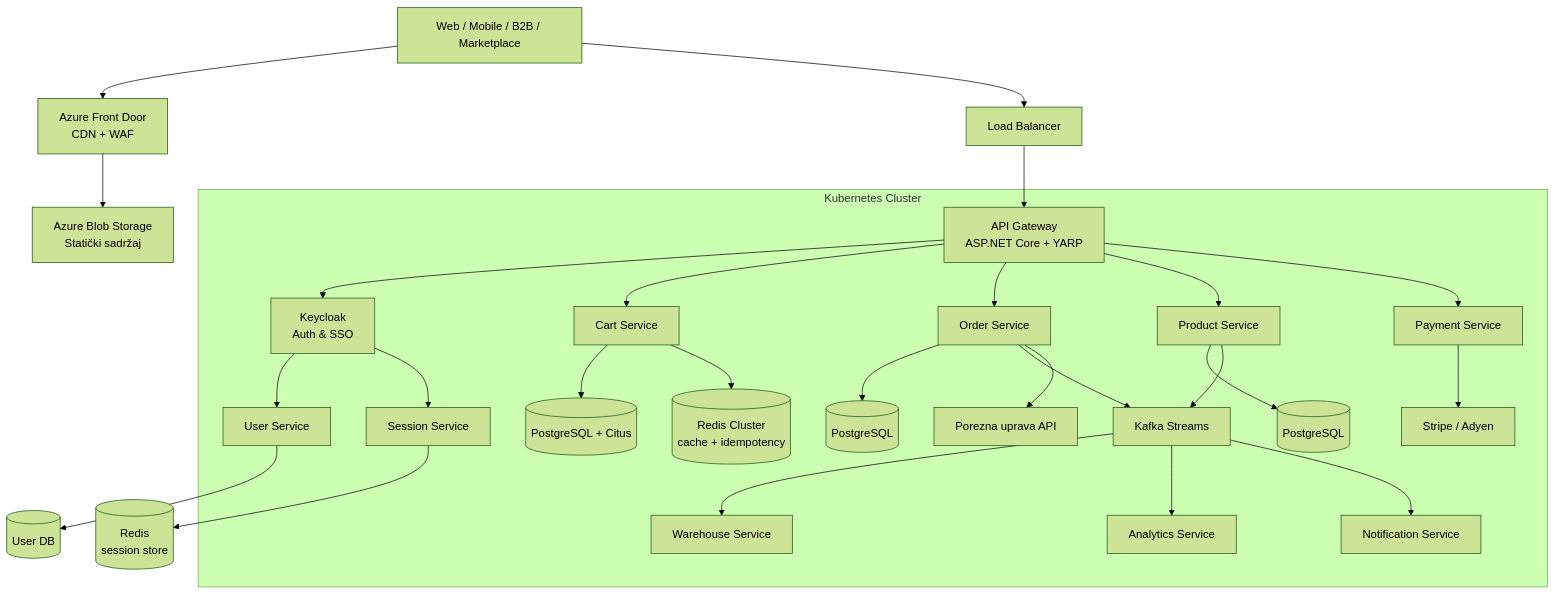
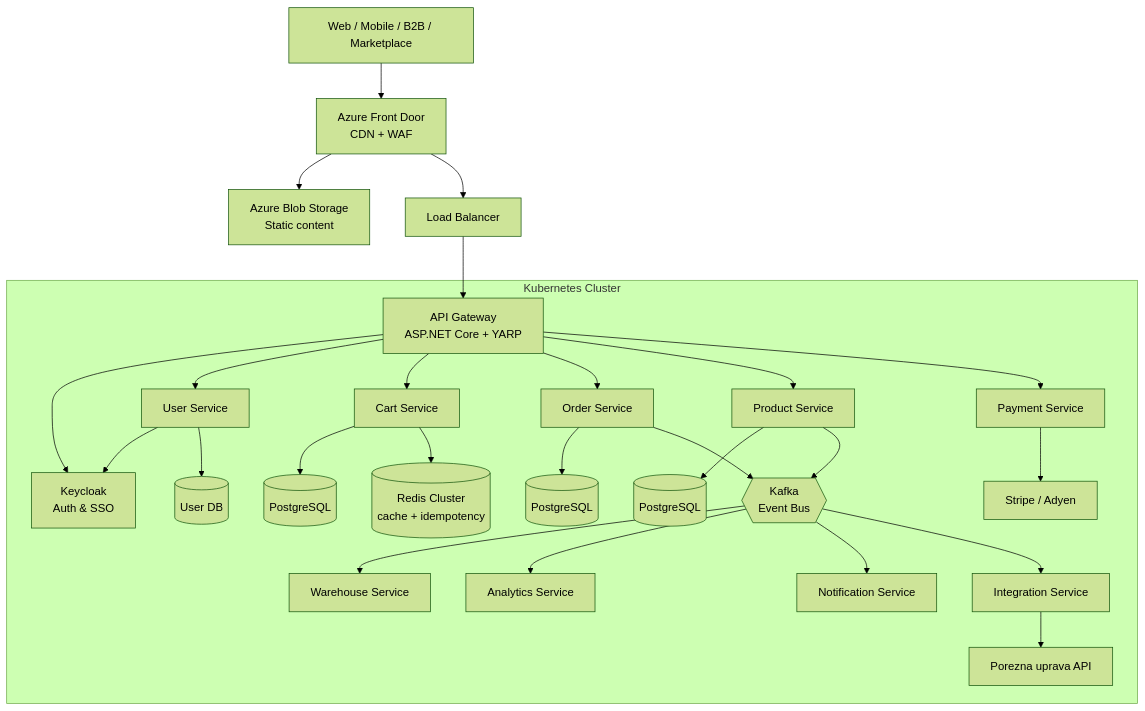
One commit to pavlek1817/abysalto-test changed the diagram in docs/architecture.mermaid. Above: the diagram before and after it, drawn with Mermaid (forest theme). The commit also changed 1 other file, not shown here.

Commit message:
upd: Updated architecture diagram, and added user service description in the md document.

```diff
--- a/docs/architecture.mermaid
+++ b/docs/architecture.mermaid
@@ -1,36 +1,35 @@
 graph TD
     Client[Web / Mobile / B2B / Marketplace] --> CDN[Azure Front Door<br/>CDN + WAF]
-    CDN --> BlobStorage[Azure Blob Storage<br/>Statički sadržaj]
-    Client --> LoadBalancer[Load Balancer]
+    CDN --> BlobStorage[Azure Blob Storage<br/>Static content]
+    CDN --> LoadBalancer[Load Balancer]
 
     LoadBalancer --> APIGW[API Gateway<br/>ASP.NET Core + YARP]
 
     subgraph Kubernetes Cluster
         APIGW --> Keycloak[Keycloak<br/>Auth & SSO]
 
-        Keycloak --> UserSvc[User Service]
-        Keycloak --> SessionSvc[Session Service]
-
+        APIGW --> UserSvc[User Service]
         APIGW --> CartSvc[Cart Service]
         APIGW --> OrderSvc[Order Service]
         APIGW --> ProductSvc[Product Service]
         APIGW --> PaymentSvc[Payment Service]
 
-        CartSvc --> CartDB[(PostgreSQL + Citus)]
+        UserSvc --> Keycloak
+
+        UserSvc --> UserDB[(User DB)]
+        CartSvc --> CartDB[(PostgreSQL)]
         OrderSvc --> OrderDB[(PostgreSQL)]
         ProductSvc --> ProductDB[(PostgreSQL)]
 
         CartSvc --> Redis[(Redis Cluster<br/>cache + idempotency)]
-        OrderSvc --> Kafka[Kafka Streams]
+        OrderSvc --> Kafka{{Kafka<br/>Event Bus}}
         ProductSvc --> Kafka
 
         Kafka --> WarehouseSvc[Warehouse Service]
         Kafka --> AnalyticsSvc[Analytics Service]
         Kafka --> NotifSvc[Notification Service]
+        Kafka --> IntegrationSvc[Integration Service]
 
-        OrderSvc --> TaxAPI[Porezna uprava API]
+        IntegrationSvc --> TaxAPI[Porezna uprava API]
         PaymentSvc --> PaymentGW[Stripe / Adyen]
     end
-
-    UserSvc --> UserDB[(User DB)]
-    SessionSvc --> SessionDB[(Redis<br/>session store)]
```
